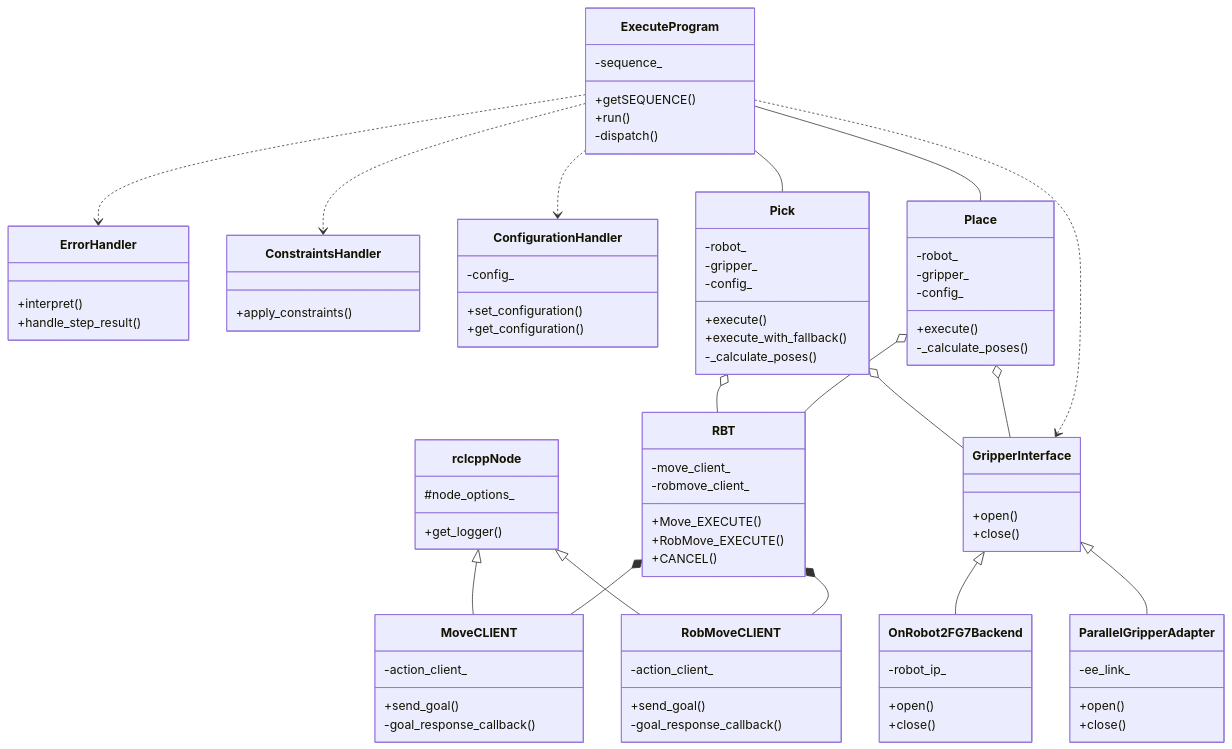
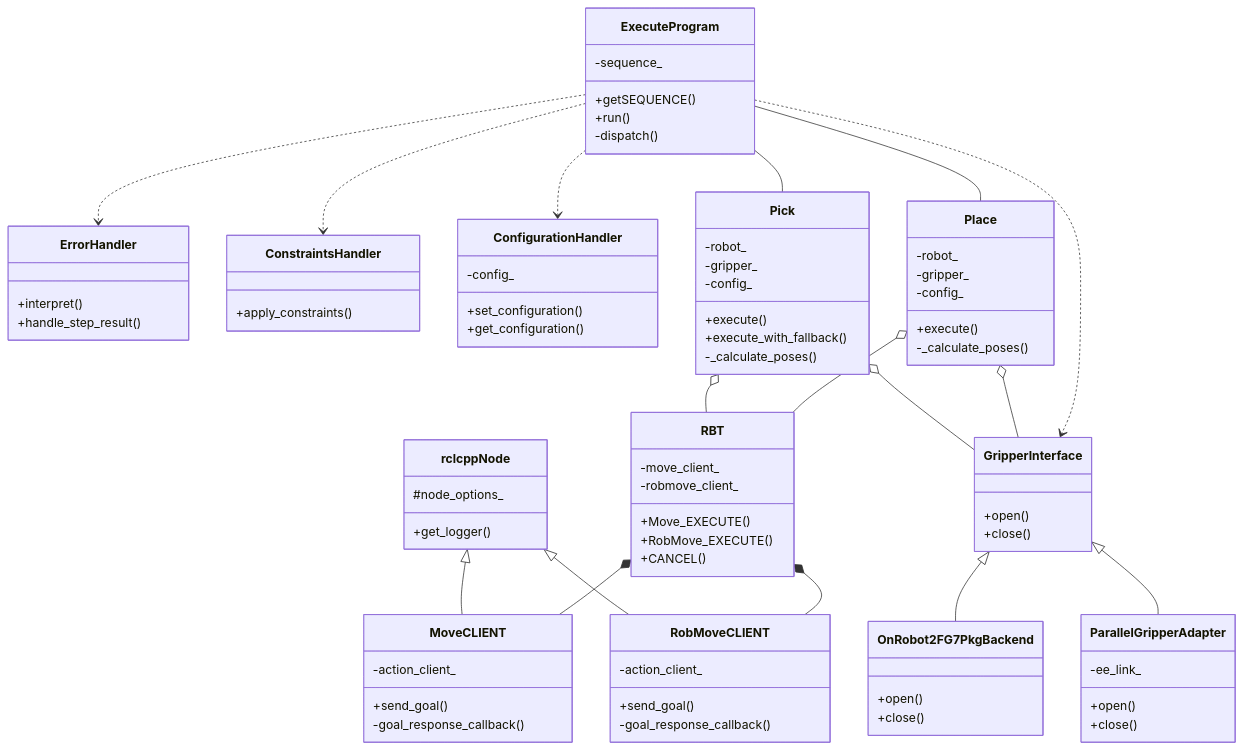
One commit to CLAIR-LAB-TECHNION/clair-pick-and-place-ros2 changed the diagram in doc/diagrams/07-class-diagram.mmd. Above: the diagram before and after it, drawn with Mermaid. The commit also changed 18 other files, not shown here.

```diff
--- a/doc/diagrams/07-class-diagram.mmd
+++ b/doc/diagrams/07-class-diagram.mmd
@@ -1,86 +1,85 @@
 classDiagram
     direction TB
     class rclcppNode {
         #node_options_
         +get_logger()
     }
     class ExecuteProgram {
         -sequence_
         +getSEQUENCE()
         +run()
         -dispatch()
     }
     class ErrorHandler {
         +interpret()
         +handle_step_result()
     }
     class ConstraintsHandler {
         +apply_constraints()
     }
     class ConfigurationHandler {
         -config_
         +set_configuration()
         +get_configuration()
     }
     class Pick {
         -robot_
         -gripper_
         -config_
         +execute()
         +execute_with_fallback()
         -_calculate_poses()
     }
     class Place {
         -robot_
         -gripper_
         -config_
         +execute()
         -_calculate_poses()
     }
     class RBT {
         -move_client_
         -robmove_client_
         +Move_EXECUTE()
         +RobMove_EXECUTE()
         +CANCEL()
     }
     class MoveCLIENT {
         -action_client_
         +send_goal()
         -goal_response_callback()
     }
     class RobMoveCLIENT {
         -action_client_
         +send_goal()
         -goal_response_callback()
     }
     class GripperInterface {
         +open()
         +close()
     }
-    class OnRobot2FG7Backend {
-        -robot_ip_
+    class OnRobot2FG7PkgBackend {
         +open()
         +close()
     }
     class ParallelGripperAdapter {
         -ee_link_
         +open()
         +close()
     }
     ExecuteProgram ..> ErrorHandler
     ExecuteProgram ..> ConstraintsHandler
     ExecuteProgram ..> ConfigurationHandler
     ExecuteProgram -- Pick
     ExecuteProgram -- Place
     Pick o-- RBT
     Pick o-- GripperInterface
     Place o-- RBT
     Place o-- GripperInterface
     rclcppNode <|-- MoveCLIENT
     rclcppNode <|-- RobMoveCLIENT
     RBT *-- MoveCLIENT
     RBT *-- RobMoveCLIENT
-    GripperInterface <|-- OnRobot2FG7Backend
+    GripperInterface <|-- OnRobot2FG7PkgBackend
     GripperInterface <|-- ParallelGripperAdapter
     ExecuteProgram ..> GripperInterface
```
